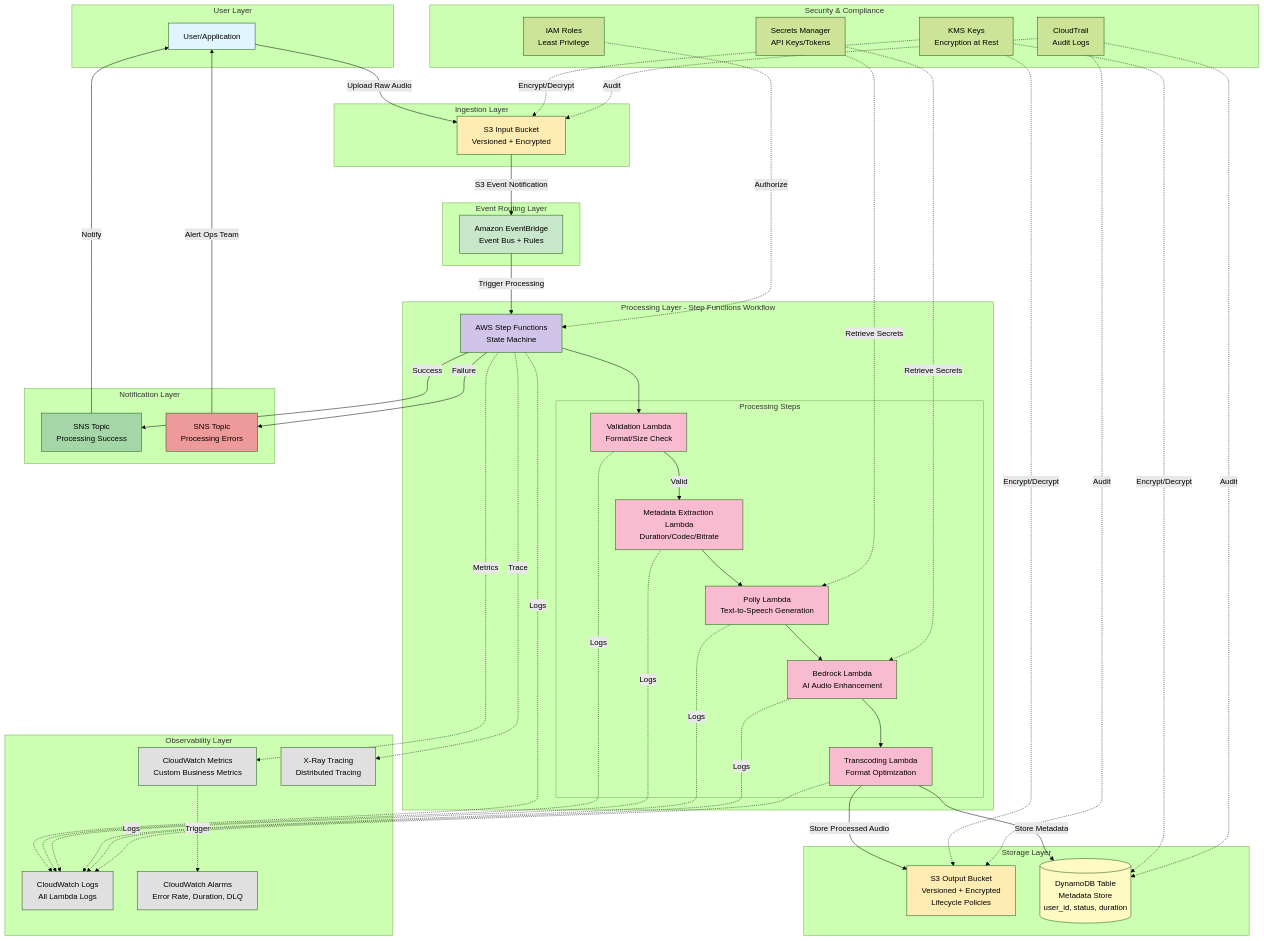
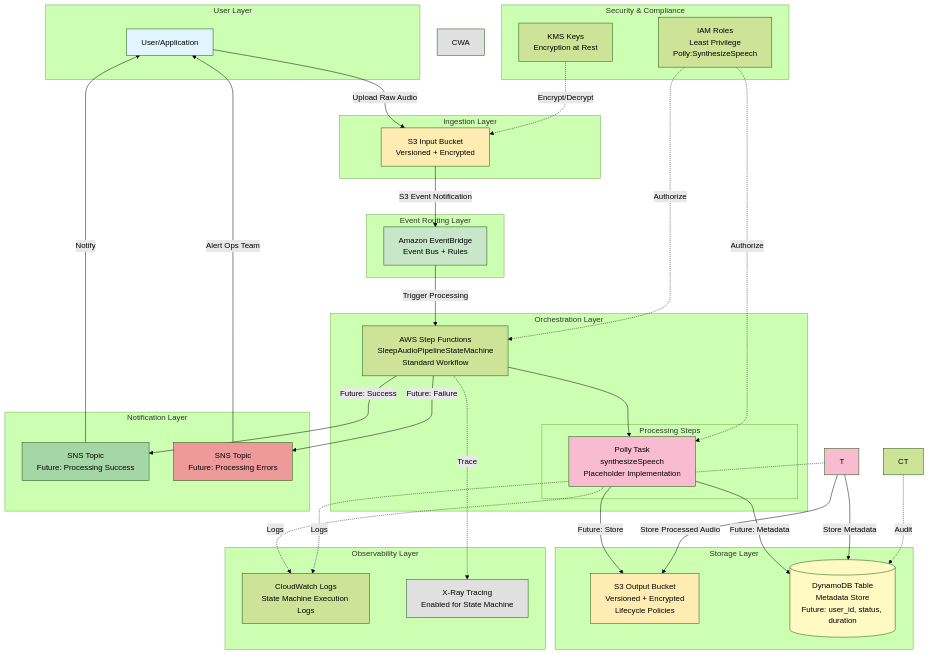
One commit to obstreperous-ai/cdk-sleep-go-qdev changed the diagram in ARCHITECTURE.md. Above: the diagram before and after it, drawn with Mermaid (forest theme). The commit also changed other lines of this file and 2 other files, not shown here.

Commit message:
[skip ci] feat: add step functions state machine skeleton with polly integration (TDD)

````diff
--- a/ARCHITECTURE.md
+++ b/ARCHITECTURE.md
@@ -36,40 +36,32 @@
         EB[Amazon EventBridge<br/>Event Bus + Rules]
     end
     
-    subgraph Processing["Processing Layer - Step Functions Workflow"]
-        SF[AWS Step Functions<br/>State Machine]
+    subgraph Orchestration["Orchestration Layer"]
+        SF[AWS Step Functions<br/>SleepAudioPipelineStateMachine<br/>Standard Workflow]
         
         subgraph ProcessingSteps["Processing Steps"]
-            V[Validation Lambda<br/>Format/Size Check]
-            M[Metadata Extraction Lambda<br/>Duration/Codec/Bitrate]
-            P[Polly Lambda<br/>Text-to-Speech Generation]
-            BR[Bedrock Lambda<br/>AI Audio Enhancement]
-            T[Transcoding Lambda<br/>Format Optimization]
+            POLLY[Polly Task<br/>synthesizeSpeech<br/>Placeholder Implementation]
         end
     end
     
     subgraph Storage["Storage Layer"]
         OB[S3 Output Bucket<br/>Versioned + Encrypted<br/>Lifecycle Policies]
-        DB[(DynamoDB Table<br/>Metadata Store<br/>user_id, status, duration)]
+        DB[(DynamoDB Table<br/>Metadata Store<br/>Future: user_id, status, duration)]
     end
     
     subgraph Notification["Notification Layer"]
-        SNS_SUCCESS[SNS Topic<br/>Processing Success]
-        SNS_ERROR[SNS Topic<br/>Processing Errors]
+        SNS_SUCCESS[SNS Topic<br/>Future: Processing Success]
+        SNS_ERROR[SNS Topic<br/>Future: Processing Errors]
     end
     
     subgraph Observability["Observability Layer"]
-        CW[CloudWatch Logs<br/>All Lambda Logs]
-        CWM[CloudWatch Metrics<br/>Custom Business Metrics]
-        CWA[CloudWatch Alarms<br/>Error Rate, Duration, DLQ]
-        XR[X-Ray Tracing<br/>Distributed Tracing]
+        CW[CloudWatch Logs<br/>State Machine Execution Logs]
+        XR[X-Ray Tracing<br/>Enabled for State Machine]
     end
     
     subgraph Security["Security & Compliance"]
-        IAM[IAM Roles<br/>Least Privilege]
+        IAM[IAM Roles<br/>Least Privilege<br/>Polly:SynthesizeSpeech]
         KMS[KMS Keys<br/>Encryption at Rest]
-        SM[Secrets Manager<br/>API Keys/Tokens]
-        CT[CloudTrail<br/>Audit Logs]
     end
     
     %% Main Flow
@@ -77,59 +69,48 @@
     IB -->|S3 Event Notification| EB
     EB -->|Trigger Processing| SF
     
-    SF --> V
-    V -->|Valid| M
-    M --> P
-    P --> BR
-    BR --> T
+    SF --> POLLY
+    POLLY -->|Future: Store| OB
+    POLLY -->|Future: Metadata| DB
+    
+    %% Future Processing Steps (Commented for Phase 2+)
+    %% V[Validation Lambda] --> M[Metadata Extraction]
+    %% M --> P[Polly Lambda]
+    %% P --> BR[Bedrock Lambda]
+    %% BR --> T[Transcoding Lambda]
     
     T -->|Store Processed Audio| OB
     T -->|Store Metadata| DB
     
-    SF -->|Success| SNS_SUCCESS
-    SF -->|Failure| SNS_ERROR
+    SF -->|Future: Success| SNS_SUCCESS
+    SF -->|Future: Failure| SNS_ERROR
     
     SNS_SUCCESS -->|Notify| U
     SNS_ERROR -->|Alert Ops Team| U
     
     %% Cross-cutting concerns
-    SF -.->|Logs| CW
-    V -.->|Logs| CW
-    M -.->|Logs| CW
-    P -.->|Logs| CW
-    BR -.->|Logs| CW
+    POLLY -.->|Logs| CW
     T -.->|Logs| CW
-    
-    SF -.->|Metrics| CWM
-    CWM -.->|Trigger| CWA
     
     SF -.->|Trace| XR
     
+    IAM -.->|Authorize| POLLY
     IAM -.->|Authorize| SF
     KMS -.->|Encrypt/Decrypt| IB
-    KMS -.->|Encrypt/Decrypt| OB
-    KMS -.->|Encrypt/Decrypt| DB
-    SM -.->|Retrieve Secrets| P
-    SM -.->|Retrieve Secrets| BR
-    CT -.->|Audit| IB
-    CT -.->|Audit| OB
+    
+    %% Future integrations
+    %% KMS -.->|Encrypt/Decrypt| DB
     CT -.->|Audit| DB
     
     style U fill:#e1f5ff
     style IB fill:#ffecb3
     style OB fill:#ffecb3
     style EB fill:#c8e6c9
-    style SF fill:#d1c4e9
-    style V fill:#f8bbd0
-    style M fill:#f8bbd0
-    style P fill:#f8bbd0
-    style BR fill:#f8bbd0
+    style POLLY fill:#f8bbd0
     style T fill:#f8bbd0
     style DB fill:#fff9c4
     style SNS_SUCCESS fill:#a5d6a7
     style SNS_ERROR fill:#ef9a9a
-    style CW fill:#e0e0e0
-    style CWM fill:#e0e0e0
     style CWA fill:#e0e0e0
     style XR fill:#e0e0e0
 ```
````
